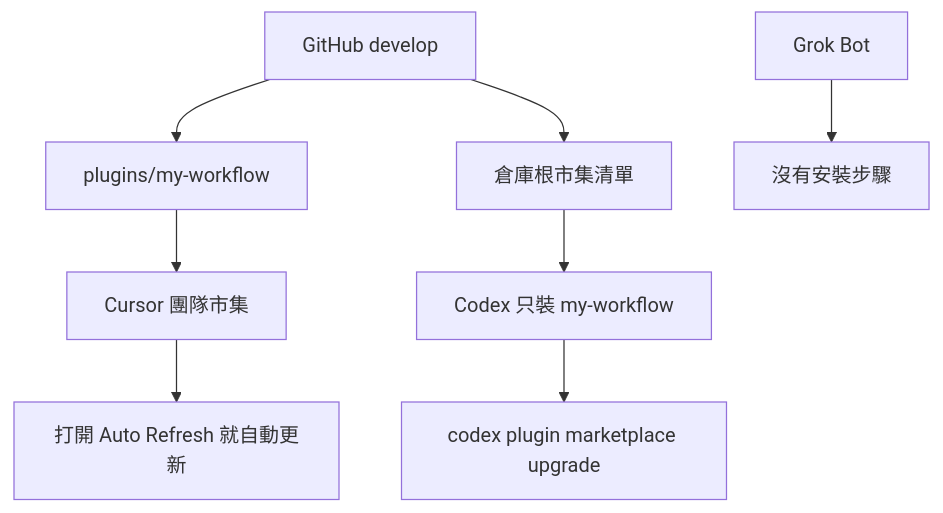
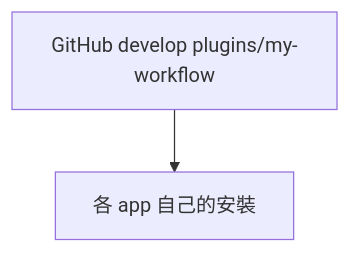
The diagram in plugins/my-workflow/README.md (VECTOR-COOL/my-agent-toolkit), drawn with Mermaid before and after one commit. The commit also changed other lines of this file, not shown here.

First line of the commit message:
docs(plugin): 安裝 prompt 只給網址

````diff
--- a/plugins/my-workflow/README.md
+++ b/plugins/my-workflow/README.md
@@ -13,10 +13,4 @@
 ```mermaid
 graph TD
-  GH["GitHub develop"] --> CursorSrc["plugins/my-workflow"]
-  GH --> CodexSrc["倉庫根市集清單"]
-  CursorSrc --> Cursor["Cursor 團隊市集"]
-  Cursor --> Auto["打開 Auto Refresh 就自動更新"]
-  CodexSrc --> Codex["Codex 只裝 my-workflow"]
-  Codex --> Up["codex plugin marketplace upgrade"]
-  Grok["Grok Bot"] --> Hold["沒有安裝步驟"]
+  URL["GitHub develop plugins/my-workflow"] --> App["各 app 自己的安裝"]
 ```
````
